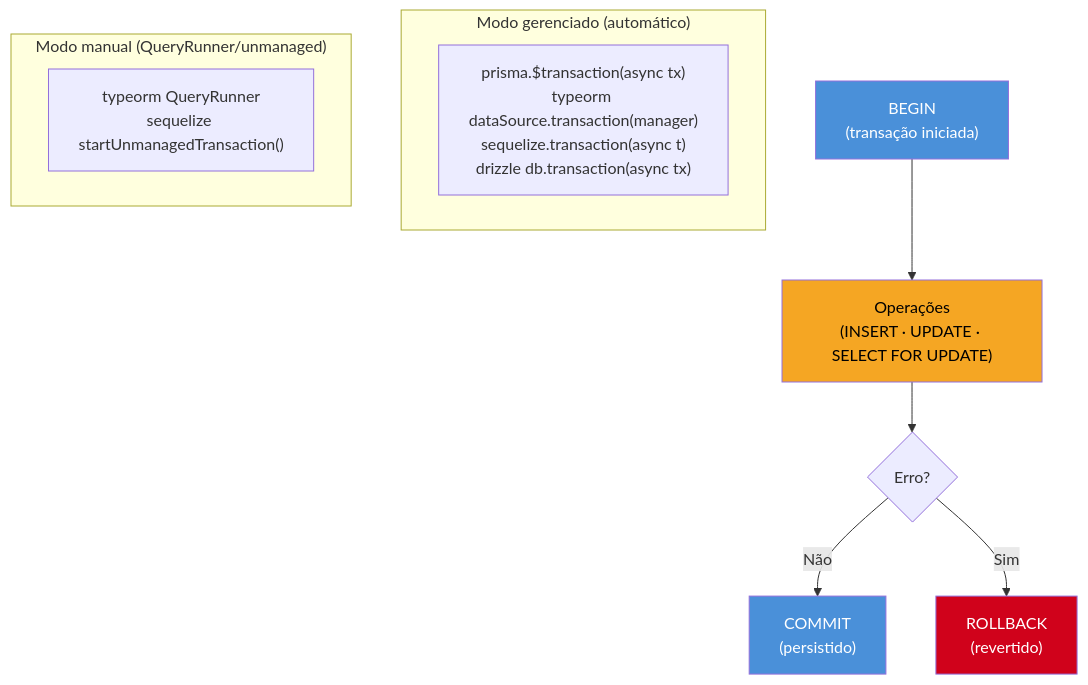
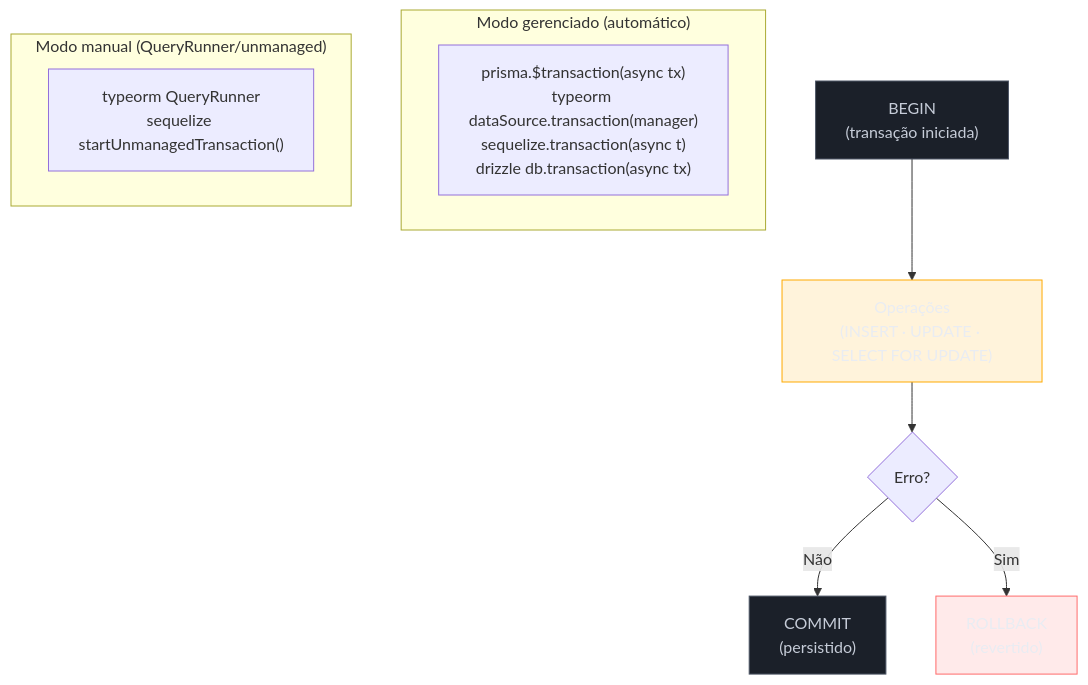
Before and after one commit to josenaldo/codex-technomanticus: the diagram in 03-Dominios/Tecnologia/Node/ORMs e banco de dados/08 - Transações - gerenciamento manual vs automático.md, drawn with Mermaid. The commit also changed 1181 other files, not shown here.

First line of the commit message:
fix(diagramas): paleta do sistema no lugar de cor cravada no markdown

````diff
--- a/03-Dominios/Tecnologia/Node/ORMs e banco de dados/08 - Transações - gerenciamento manual vs automático.md
+++ b/03-Dominios/Tecnologia/Node/ORMs e banco de dados/08 - Transações - gerenciamento manual vs automático.md
@@ -26,26 +26,29 @@
 ```mermaid
 flowchart TD
+    classDef neutro fill:#1B2029,stroke:#4E5666,color:#C6CCD8
+    classDef falha fill:#FF6B6B24,stroke:#FF6B6B,color:#E9ECF2
+    classDef destaque fill:#FFAA0024,stroke:#FFAA00,color:#E9ECF2
     BEGIN["BEGIN\n(transação iniciada)"]
     OPS["Operações\n(INSERT · UPDATE · SELECT FOR UPDATE)"]
     ERR{"Erro?"}
     COMMIT["COMMIT\n(persistido)"]
     ROLLBACK["ROLLBACK\n(revertido)"]
 
     BEGIN --> OPS
     OPS --> ERR
     ERR -->|"Não"| COMMIT
     ERR -->|"Sim"| ROLLBACK
 
     subgraph Gerenciado["Modo gerenciado (automático)"]
         MG["prisma.$transaction(async tx)\ntypeorm dataSource.transaction(manager)\nsequelize.transaction(async t)\ndrizzle db.transaction(async tx)"]
     end
 
     subgraph Manual["Modo manual (QueryRunner/unmanaged)"]
         MM["typeorm QueryRunner\nsequelize startUnmanagedTransaction()"]
     end
 
-    style BEGIN fill:#4A90D9,color:#fff
-    style COMMIT fill:#4A90D9,color:#fff
-    style ROLLBACK fill:#D0021B,color:#fff
-    style OPS fill:#F5A623,color:#000
+    class BEGIN neutro
+    class COMMIT neutro
+    class ROLLBACK falha
+    class OPS destaque
 ```
````
